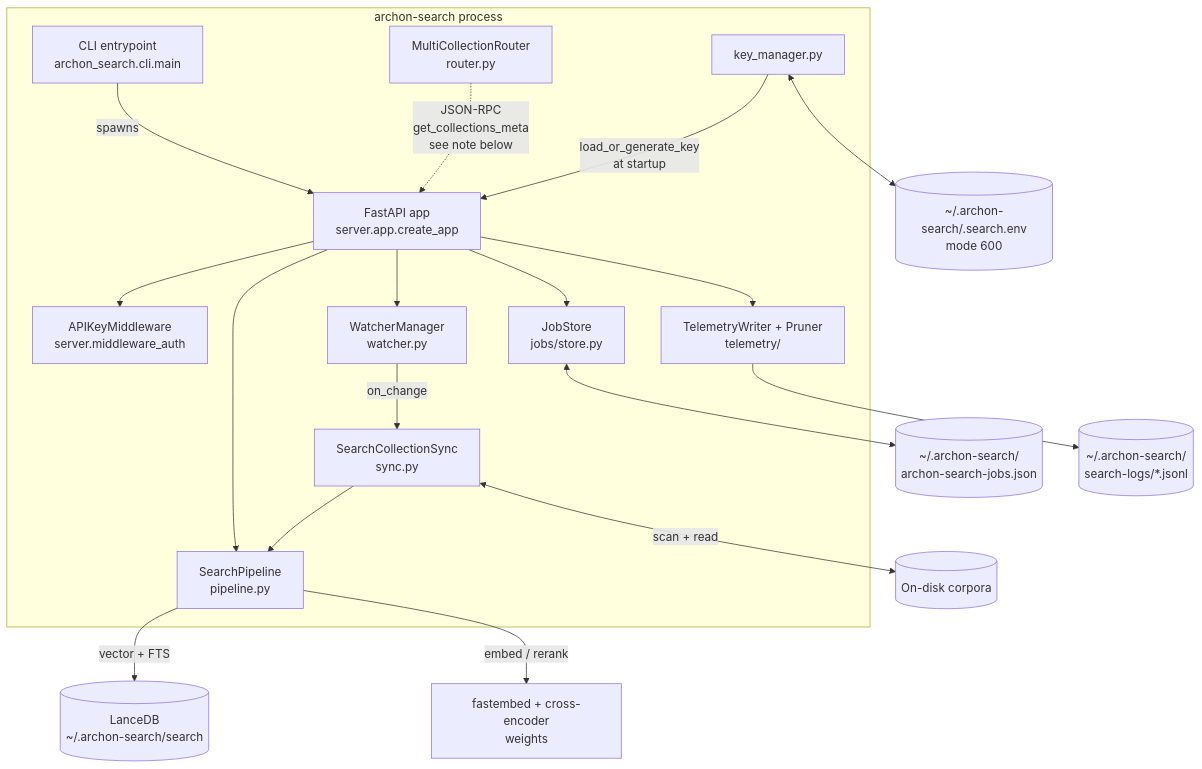
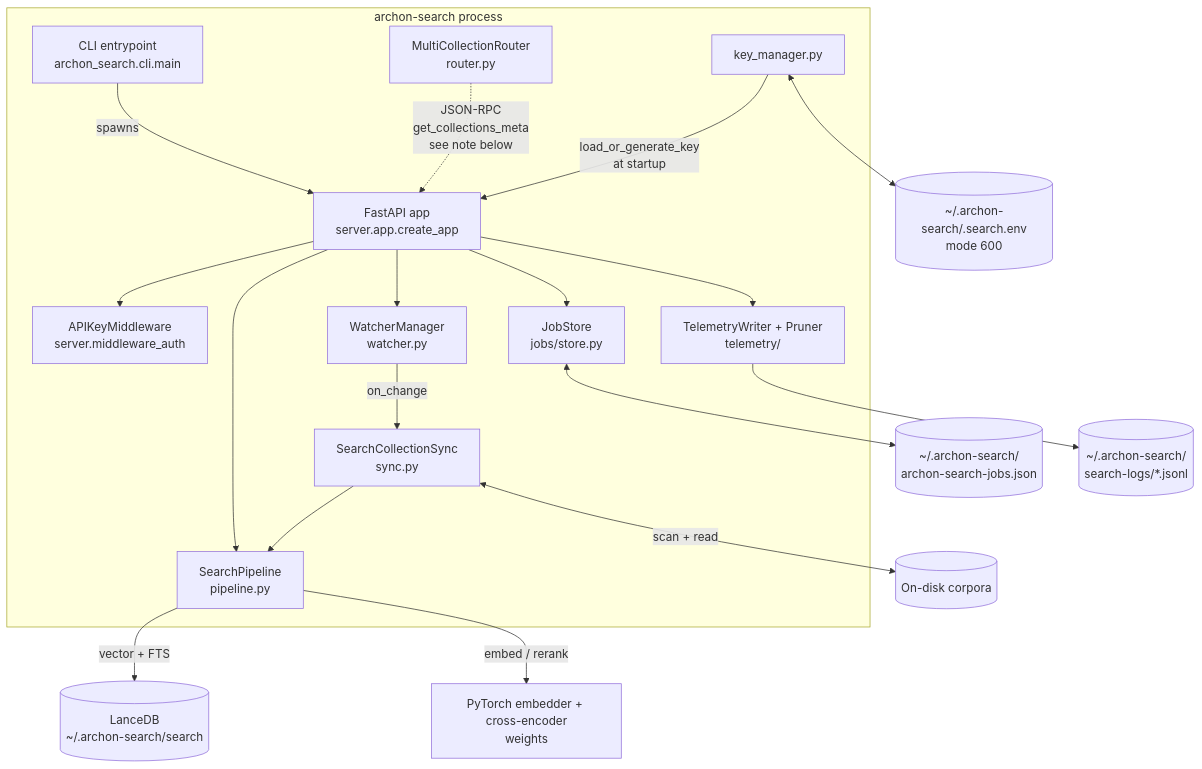
The second of 3 diagrams in Documentation/Architecture/100_system_architecture_overview.md (user538295/archon-search), drawn with Mermaid before and after one commit. The commit also changed other lines of this file and 240 other files, not shown here.

First line of the commit message:
feat(runtime): replace fastembed/ONNX with PyTorch embedder and reranker

````diff
--- a/Documentation/Architecture/100_system_architecture_overview.md
+++ b/Documentation/Architecture/100_system_architecture_overview.md
@@ -45,39 +45,39 @@
 ```mermaid
 graph TD
     subgraph proc[archon-search process]
         CLI[CLI entrypoint<br/>archon_search.cli.main]
         APP[FastAPI app<br/>server.app.create_app]
         AUTH[APIKeyMiddleware<br/>server.middleware_auth]
         PIPE[SearchPipeline<br/>pipeline.py]
         ROUTER[MultiCollectionRouter<br/>router.py]
         WATCH[WatcherManager<br/>watcher.py]
         SYNC[SearchCollectionSync<br/>sync.py]
         JOBS[JobStore<br/>jobs/store.py]
         TEL[TelemetryWriter + Pruner<br/>telemetry/]
         KEY[key_manager.py]
     end
 
     LANCE[(LanceDB<br/>~/.archon-search/search)]
     KEYFILE[(~/.archon-search/.search.env<br/>mode 600)]
     JOBSFILE[(~/.archon-search/<br/>archon-search-jobs.json)]
     LOGS[(~/.archon-search/<br/>search-logs/*.jsonl)]
     CORPUS[(On-disk corpora)]
-    MODELS[fastembed + cross-encoder<br/>weights]
+    MODELS[PyTorch embedder + cross-encoder<br/>weights]
 
     CLI -->|spawns| APP
     APP --> AUTH
     APP --> PIPE
     APP --> JOBS
     APP --> WATCH
     APP --> TEL
     ROUTER -.->|JSON-RPC<br/>get_collections_meta<br/>see note below| APP
     PIPE -->|vector + FTS| LANCE
     PIPE -->|embed / rerank| MODELS
     WATCH -->|on_change| SYNC
     SYNC --> PIPE
     SYNC <-->|scan + read| CORPUS
     JOBS <--> JOBSFILE
     KEY -->|load_or_generate_key<br/>at startup| APP
     KEY <--> KEYFILE
     TEL --> LOGS
 ```
````
